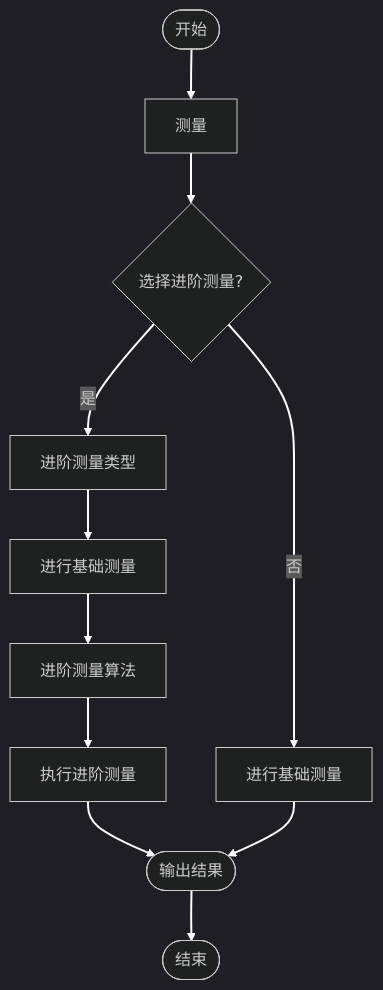
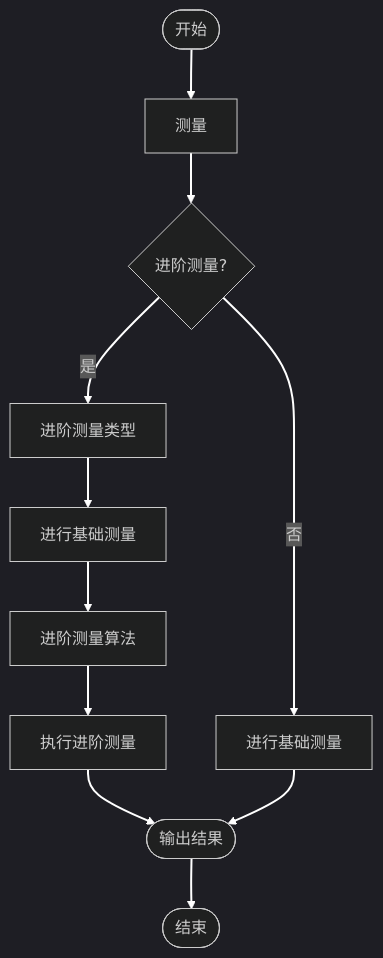
One commit to Zerozany/SonixBeautyStudio changed the second of 2 diagrams in doc/development/module/measure.md. Above: the diagram before and after it, drawn with Mermaid (dark theme). The commit also changed 5 other files, not shown here.

````diff
--- a/doc/development/module/measure.md
+++ b/doc/development/module/measure.md
@@ -36,20 +36,20 @@
 ```mermaid
 flowchart TD
     Start([开始]) --> Basic[测量]
     
-    Basic --> Condition{选择进阶测量?}
+    Basic --> Condition{进阶测量?}
     
     Condition -->|是| Type[进阶测量类型]
     Type --> first[进行基础测量]
     first --> Algo[进阶测量算法]
     Algo --> ExecAdv[执行进阶测量]
     
     Condition -->|否| FinishBasic[进行基础测量]
     
     ExecAdv --> Output([输出结果])
     FinishBasic --> Output
     
     Output --> Stop([结束])
 
     linkStyle default stroke:#FFFFFF,stroke-width:2px
 ```
````
